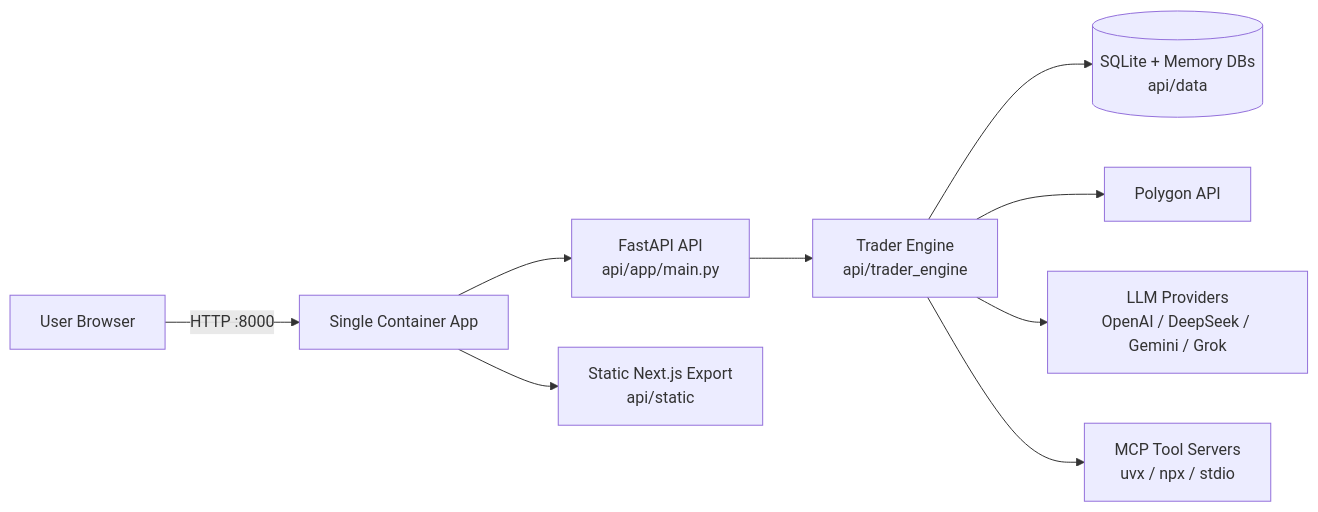
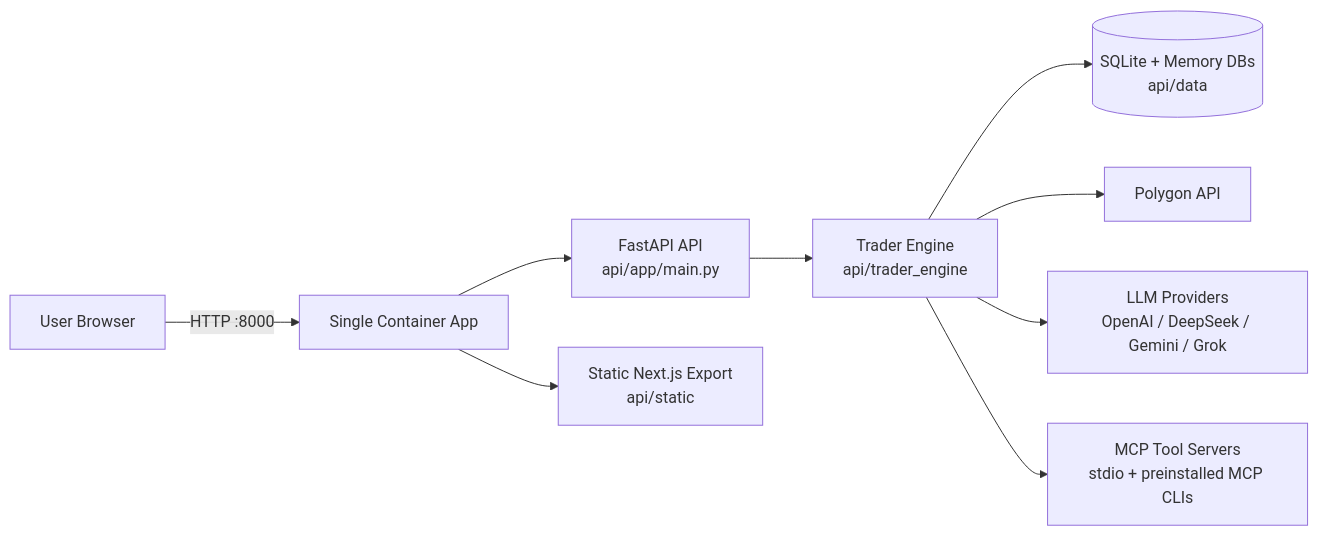
Before and after one commit to rhyegacillos/agents-app: the second of 12 diagrams in ARCHITECTURE.md, drawn with Mermaid. The commit also changed other lines of this file and 14 other files, not shown here.

````diff
--- a/ARCHITECTURE.md
+++ b/ARCHITECTURE.md
@@ -1104,11 +1126,11 @@
 ```mermaid
 flowchart LR
     user[User Browser] -->|HTTP :8000| app[Single Container App]
     app --> fastapi[FastAPI API<br/>api/app/main.py]
     app --> static[Static Next.js Export<br/>api/static]
     fastapi --> engine[Trader Engine<br/>api/trader_engine]
     engine --> data[(SQLite + Memory DBs<br/>api/data)]
     engine --> polygon[Polygon API]
     engine --> llm[LLM Providers<br/>OpenAI / DeepSeek / Gemini / Grok]
-    engine --> mcp[MCP Tool Servers<br/>uvx / npx / stdio]
+    engine --> mcp[MCP Tool Servers<br/>stdio + preinstalled MCP CLIs]
 ```
````
